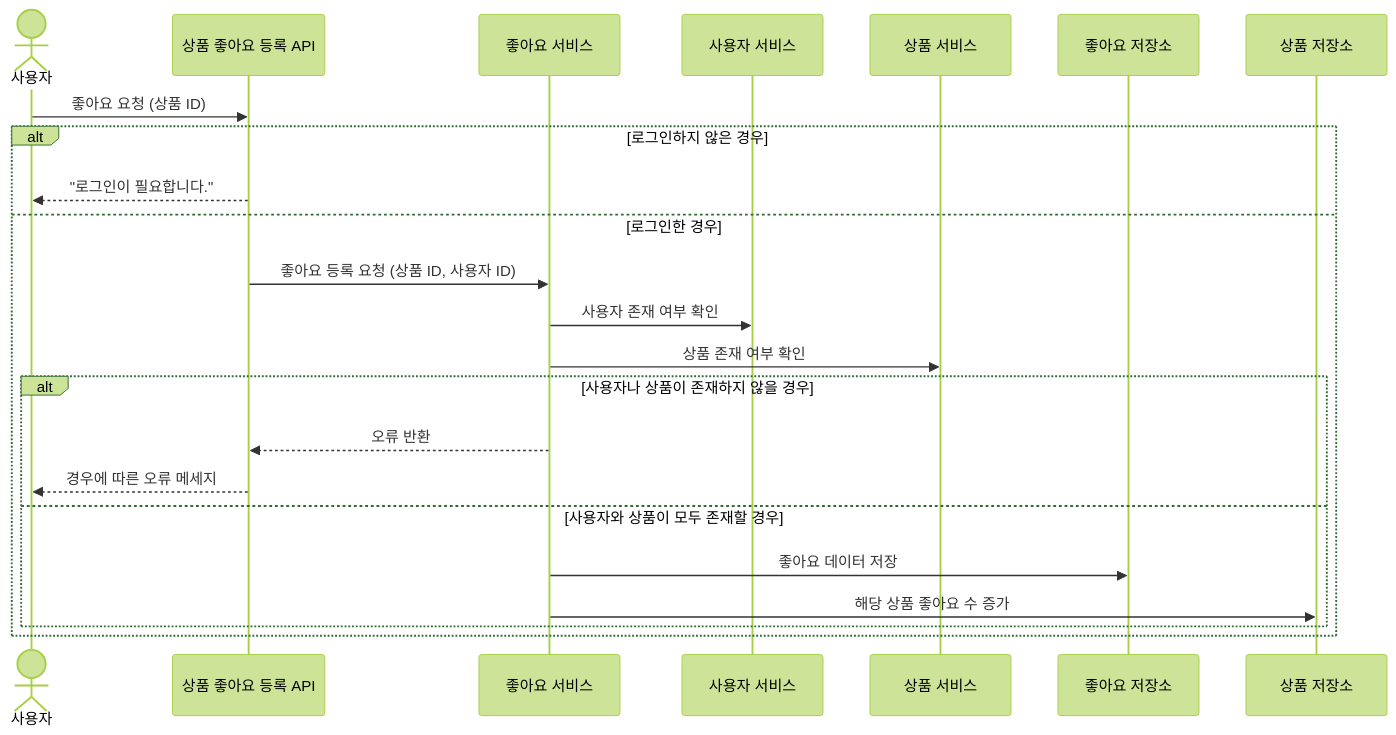
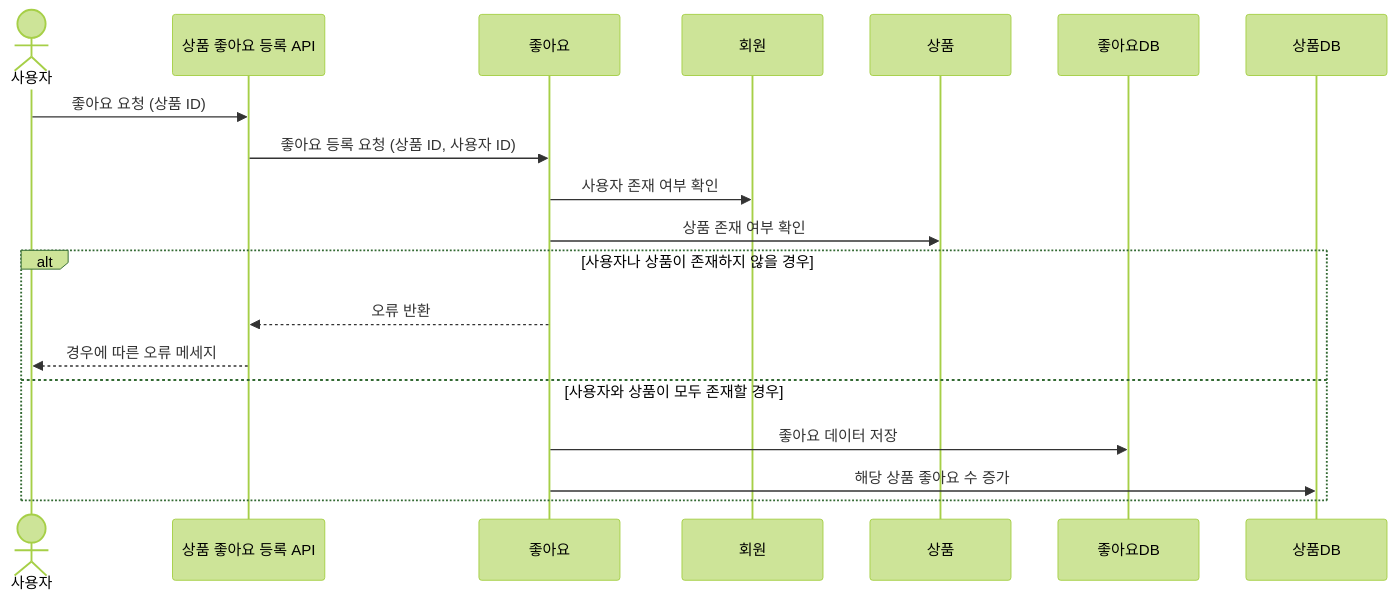
One commit to kodonghee/loopers-e-commerce changed the fourth of 6 diagrams in docs/design/02-sequence-diagrams.md. Above: the diagram before and after it, drawn with Mermaid (forest theme). The commit also changed other lines of this file, not shown here.

Commit message:
fix: 시퀀스 다이어그램 - 고수준으로 변경

````diff
--- a/docs/design/02-sequence-diagrams.md
+++ b/docs/design/02-sequence-diagrams.md
@@ -78,28 +79,24 @@
 ```mermaid
 sequenceDiagram
 actor 사용자
 participant 상품 좋아요 등록 API
-participant 좋아요 서비스
-participant 사용자 서비스
-participant 상품 서비스
-participant 좋아요 저장소
-participant 상품 저장소
+participant 좋아요
+participant 회원
+participant 상품
+participant 좋아요DB
+participant 상품DB
 
     사용자->>상품 좋아요 등록 API: 좋아요 요청 (상품 ID)
 
-    alt 로그인하지 않은 경우
-        상품 좋아요 등록 API-->>사용자: "로그인이 필요합니다."
-    else 로그인한 경우
-        상품 좋아요 등록 API->>좋아요 서비스: 좋아요 등록 요청 (상품 ID, 사용자 ID)
-        좋아요 서비스->>사용자 서비스: 사용자 존재 여부 확인
-        좋아요 서비스->>상품 서비스: 상품 존재 여부 확인
+    상품 좋아요 등록 API->>좋아요: 좋아요 등록 요청 (상품 ID, 사용자 ID)
+    좋아요->>회원: 사용자 존재 여부 확인
+    좋아요->>상품: 상품 존재 여부 확인
 
-        alt 사용자나 상품이 존재하지 않을 경우
-            좋아요 서비스-->>상품 좋아요 등록 API: 오류 반환
-            상품 좋아요 등록 API-->>사용자: 경우에 따른 오류 메세지
-        else 사용자와 상품이 모두 존재할 경우
-            좋아요 서비스->>좋아요 저장소: 좋아요 데이터 저장
-            좋아요 서비스->>상품 저장소: 해당 상품 좋아요 수 증가
-        end
+    alt 사용자나 상품이 존재하지 않을 경우
+        좋아요-->>상품 좋아요 등록 API: 오류 반환
+        상품 좋아요 등록 API-->>사용자: 경우에 따른 오류 메세지
+    else 사용자와 상품이 모두 존재할 경우
+        좋아요->>좋아요DB: 좋아요 데이터 저장
+        좋아요->>상품DB: 해당 상품 좋아요 수 증가
     end
 ```
````
